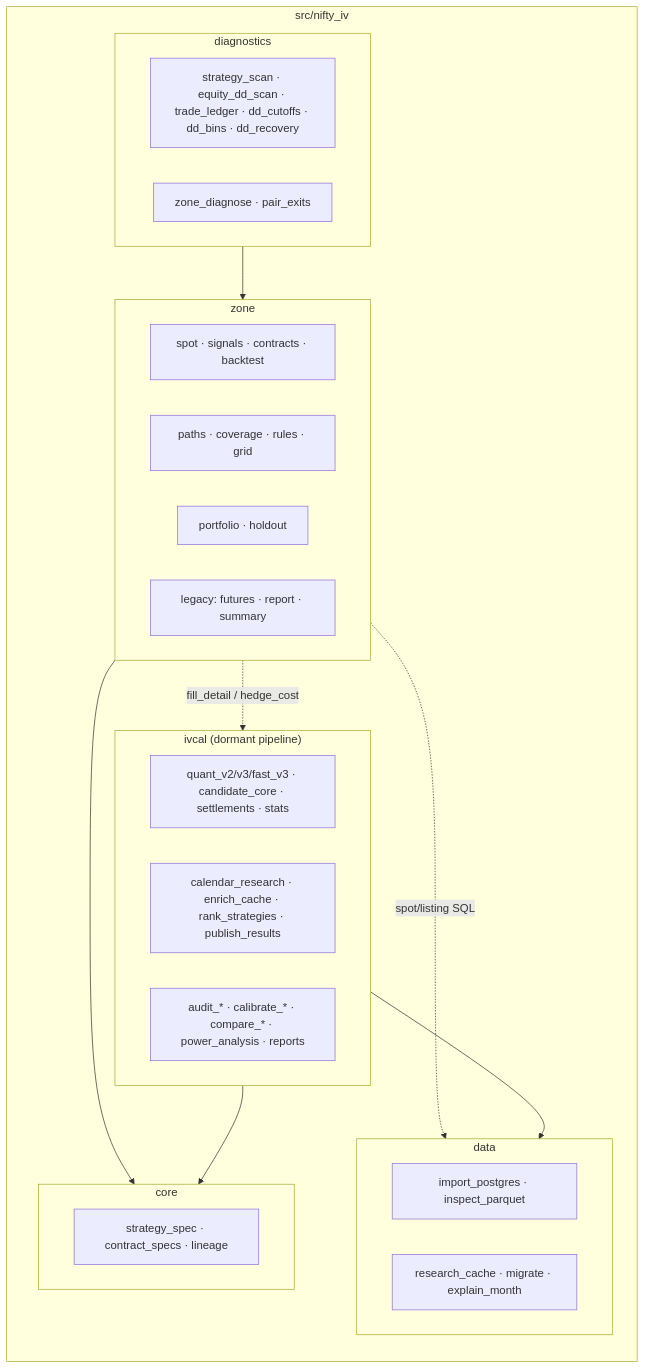
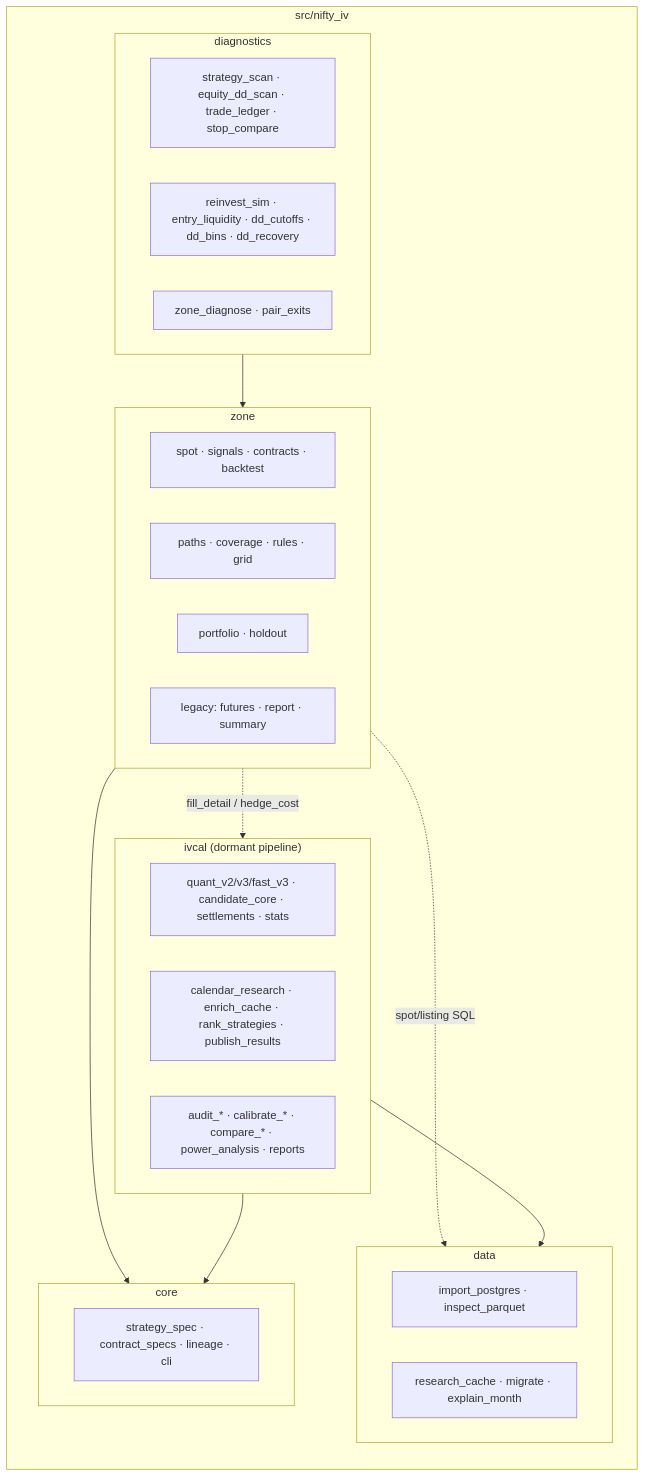
One commit to UBags/NIFTY_IV_RESEARCH changed diagram 13 of 14 in README.md. Above: the diagram before and after it, drawn with Mermaid. The commit also changed other lines of this file and 1 other file, not shown here.

````diff
--- a/README.md
+++ b/README.md
@@ -485,34 +512,35 @@
 ```mermaid
 flowchart LR
     subgraph PKG["src/nifty_iv"]
         direction TB
         subgraph CORE["core"]
-            c1[strategy_spec · contract_specs · lineage]
+            c1[strategy_spec · contract_specs · lineage · cli]
         end
         subgraph DATA["data"]
             d1[import_postgres · inspect_parquet]
             d2[research_cache · migrate · explain_month]
         end
         subgraph ZONE["zone"]
             z1[spot · signals · contracts · backtest]
             z2[paths · coverage · rules · grid]
             z3[portfolio · holdout]
             z4[legacy: futures · report · summary]
         end
         subgraph DIAG["diagnostics"]
-            g1[strategy_scan · equity_dd_scan · trade_ledger · dd_cutoffs · dd_bins · dd_recovery]
-            g2[zone_diagnose · pair_exits]
+            g1[strategy_scan · equity_dd_scan · trade_ledger · stop_compare]
+            g2[reinvest_sim · entry_liquidity · dd_cutoffs · dd_bins · dd_recovery]
+            g3[zone_diagnose · pair_exits]
         end
         subgraph IV["ivcal (dormant pipeline)"]
             i1[quant_v2/v3/fast_v3 · candidate_core · settlements · stats]
             i2[calendar_research · enrich_cache · rank_strategies · publish_results]
             i3[audit_* · calibrate_* · compare_* · power_analysis · reports]
         end
     end
     ZONE --> CORE
     ZONE -. spot/listing SQL .-> DATA
     ZONE -. fill_detail / hedge_cost .-> IV
     DIAG --> ZONE
     IV --> CORE
     IV --> DATA
 ```
````
